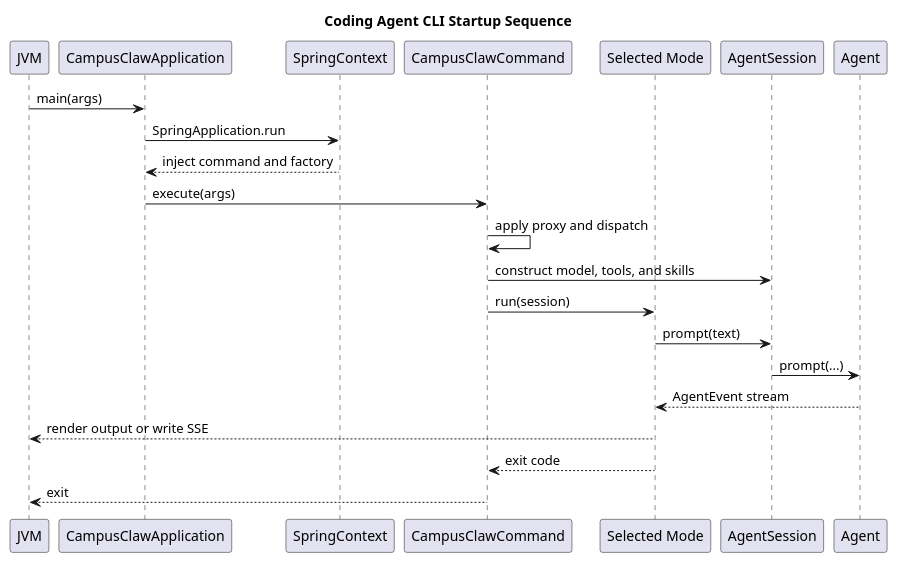
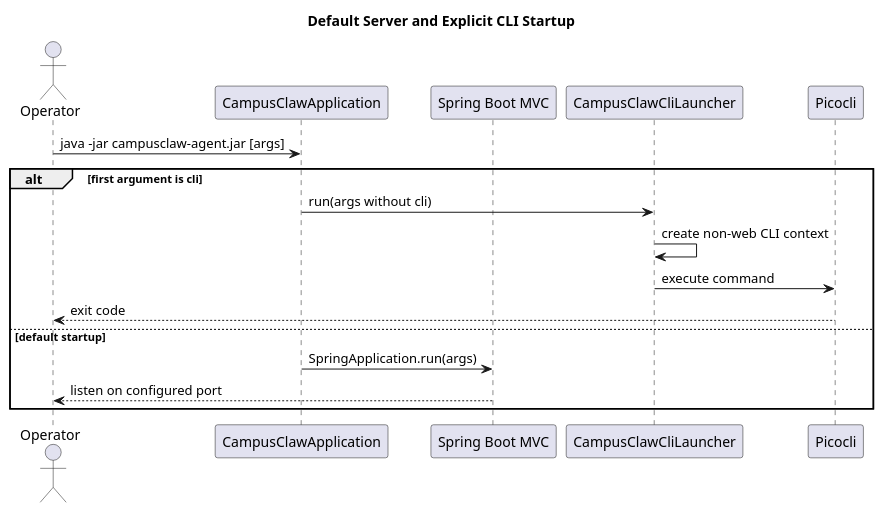
Before and after one commit to 2862282695gjh-afk/pi-mono-java: the second of 3 diagrams in docs/designs/coding-agent-cli/diagram.puml, drawn with PlantUML. The commit also changed other lines of this file and 24 other files, not shown here.

Commit message:
docs(runtime): align HTTP v1 design with implementation

```diff
--- a/docs/designs/coding-agent-cli/diagram.puml
+++ b/docs/designs/coding-agent-cli/diagram.puml
@@ -28,29 +32,25 @@
 @startuml startup-sequence
-title Coding Agent CLI Startup Sequence
+title Default Server and Explicit CLI Startup
 
-' Source evidence: modules/coding-agent-cli/src/main/java/com/campusclaw/codingagent/CampusClawApplication.java.
-' Source evidence: modules/coding-agent-cli/src/main/java/com/campusclaw/codingagent/cli/CampusClawCommand.java.
-' Observed behavior: Spring creates the application context before Picocli dispatches a selected mode.
+' Source evidence: implementation commit 8691e8800f05f28afe22499050c29220ef5b7475.
+' Source: modules/coding-agent-cli/src/main/java/com/campusclaw/codingagent/CampusClawApplication.java, CampusClawApplication#main.
+' Source: modules/coding-agent-cli/src/main/java/com/campusclaw/codingagent/CampusClawCliLauncher.java, CampusClawCliLauncher#run.
+' Design reason: keep one executable JAR while separating web and CLI application contexts.
 
-participant JVM
-participant CampusClawApplication
-participant SpringContext
-participant CampusClawCommand
-participant "Selected Mode" as Mode
-participant AgentSession
-participant Agent
+actor Operator
+participant "CampusClawApplication" as App
+participant "Spring Boot MVC" as Web
+participant "CampusClawCliLauncher" as Launcher
+participant "Picocli" as Cli
 
-JVM -> CampusClawApplication : main(args)
-CampusClawApplication -> SpringContext : SpringApplication.run
-SpringContext --> CampusClawApplication : inject command and factory
-CampusClawApplication -> CampusClawCommand : execute(args)
-CampusClawCommand -> CampusClawCommand : apply proxy and dispatch
-CampusClawCommand -> AgentSession : construct model, tools, and skills
-CampusClawCommand -> Mode : run(session)
-Mode -> AgentSession : prompt(text)
-AgentSession -> Agent : prompt(...)
-Agent --> Mode : AgentEvent stream
-Mode --> JVM : render output or write SSE
-Mode --> CampusClawCommand : exit code
-CampusClawCommand --> JVM : exit
+Operator -> App : java -jar campusclaw-agent.jar [args]
+alt first argument is cli
+  App -> Launcher : run(args without cli)
+  Launcher -> Launcher : create non-web CLI context
+  Launcher -> Cli : execute command
+  Cli --> Operator : exit code
+else default startup
+  App -> Web : SpringApplication.run(args)
+  Web --> Operator : listen on configured port
+end
 @enduml
```
